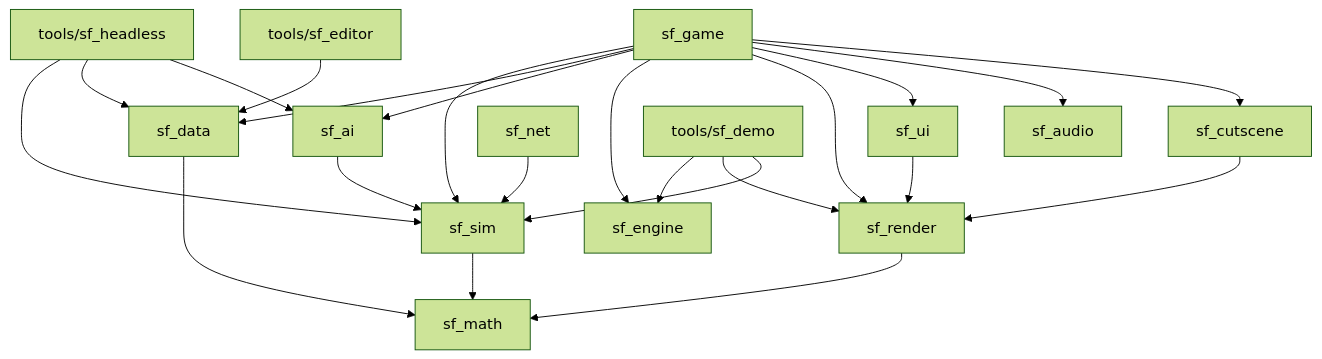
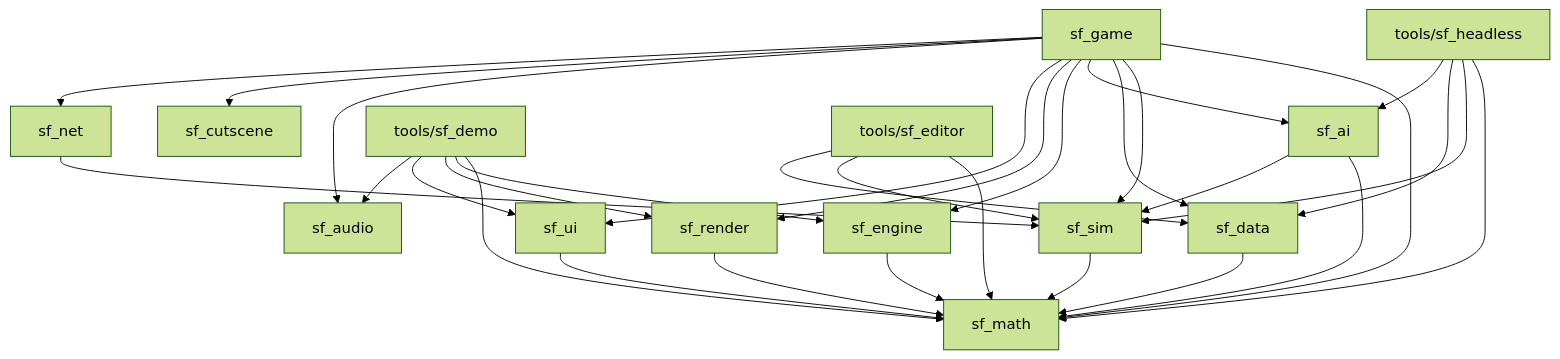
One commit to ultrasonicoverdrive/staalfront changed the diagram in docs/architecture.md. Above: the diagram before and after it, drawn with Mermaid (forest theme). The commit also changed other lines of this file and 2 other files, not shown here.

Commit message:
WP0.3: factual dependency diagram, progress and index fixes

````diff
--- a/docs/architecture.md
+++ b/docs/architecture.md
@@ -42,25 +44,33 @@
 ```mermaid
 graph TD
   sf_sim --> sf_math
   sf_data --> sf_math
+  sf_ai --> sf_math
   sf_ai --> sf_sim
   sf_render --> sf_math
-  sf_ui --> sf_render
-  sf_cutscene --> sf_render
+  sf_ui --> sf_math
+  sf_engine --> sf_math
   sf_net --> sf_sim
+  sf_game --> sf_math
   sf_game --> sf_sim
   sf_game --> sf_data
   sf_game --> sf_ai
   sf_game --> sf_engine
   sf_game --> sf_render
   sf_game --> sf_ui
   sf_game --> sf_audio
   sf_game --> sf_cutscene
-  sf_headless[tools/sf_headless] --> sf_sim
+  sf_game --> sf_net
+  sf_headless[tools/sf_headless] --> sf_math
+  sf_headless --> sf_sim
   sf_headless --> sf_data
   sf_headless --> sf_ai
-  sf_demo[tools/sf_demo] --> sf_engine
+  sf_demo[tools/sf_demo] --> sf_math
+  sf_demo --> sf_engine
   sf_demo --> sf_render
-  sf_demo --> sf_sim
-  sf_editor[tools/sf_editor] --> sf_data
+  sf_demo --> sf_ui
+  sf_demo --> sf_audio
+  sf_editor[tools/sf_editor] --> sf_math
+  sf_editor --> sf_sim
+  sf_editor --> sf_data
 ```
````
